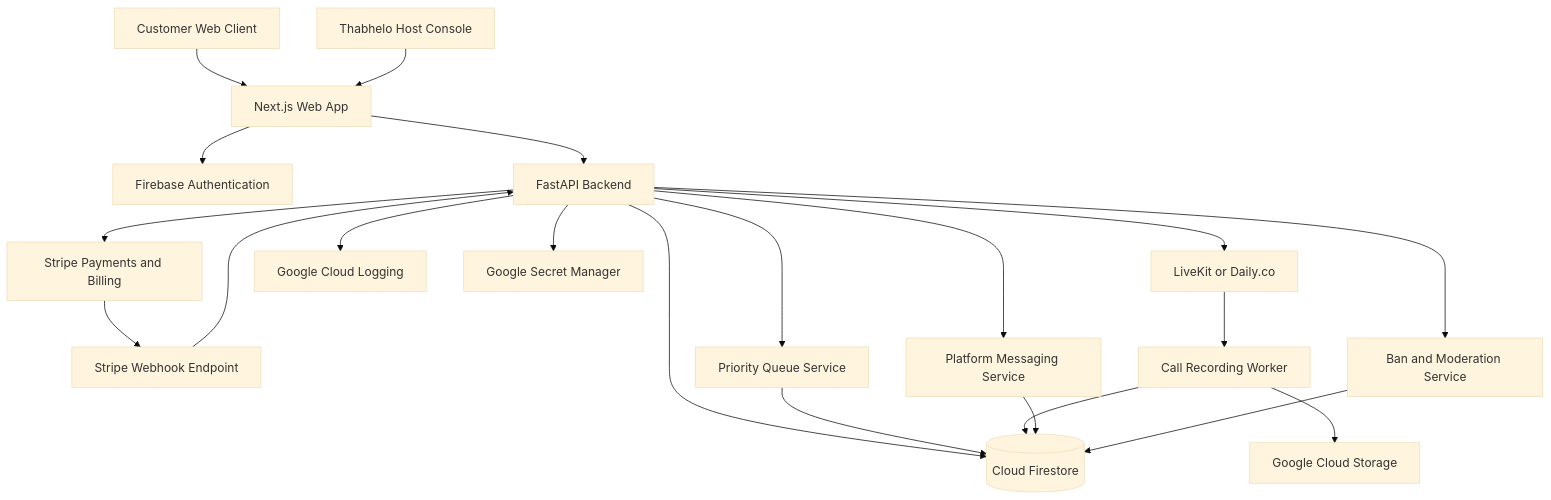
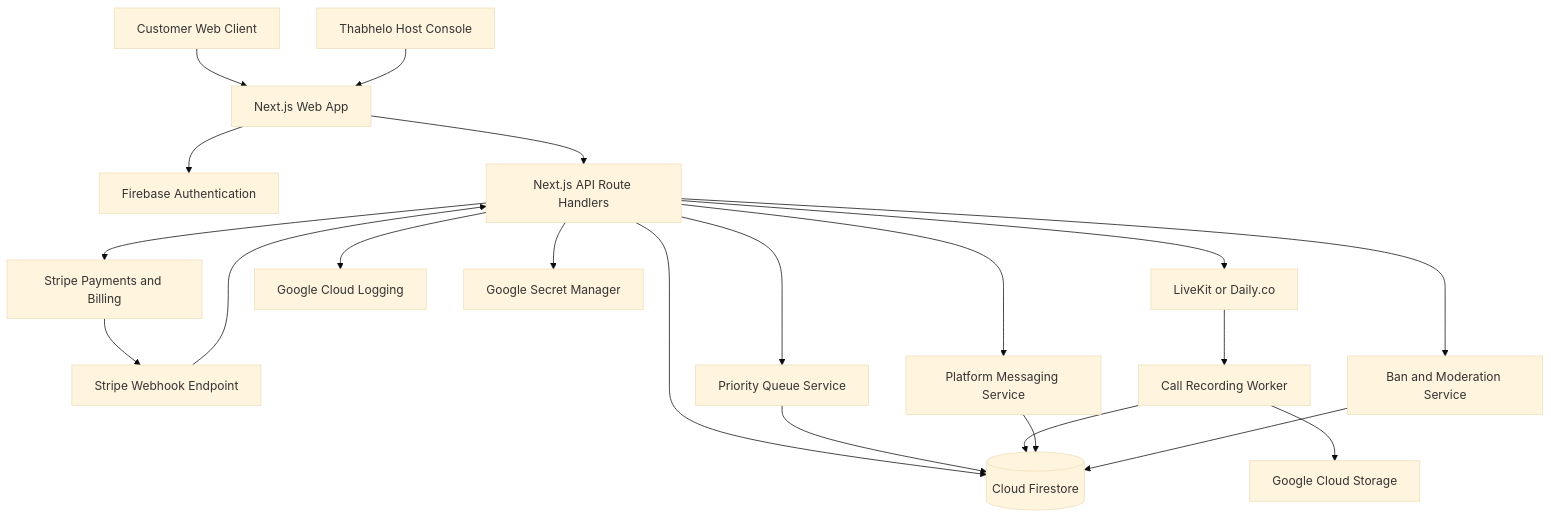
One commit to Thabhelo/ear changed the first of 3 diagrams in docs/architecture.md. Above: the diagram before and after it, drawn with Mermaid (base theme). The commit also changed other lines of this file and 53 other files, not shown here.

Commit message:
Migrate the FastAPI backend into Next.js route handlers so the platform is one TypeScript codebase with a single Cloud Run deploy.

````diff
--- a/docs/architecture.md
+++ b/docs/architecture.md
@@ -5,30 +5,30 @@
 ```mermaid
 flowchart TD
   User[Customer Web Client] --> Web[Next.js Web App]
   Host[Thabhelo Host Console] --> Web
 
   Web --> Firebase[Firebase Authentication]
-  Web --> API[FastAPI Backend]
+  Web --> API[Next.js API Route Handlers]
 
   API --> Stripe[Stripe Payments and Billing]
   Stripe --> Webhook[Stripe Webhook Endpoint]
   Webhook --> API
 
   API --> DB[(Cloud Firestore)]
   API --> Queue[Priority Queue Service]
   Queue --> DB
 
   API --> Calls[LiveKit or Daily.co]
   Calls --> Recorder[Call Recording Worker]
   Recorder --> GCS[Google Cloud Storage]
   Recorder --> DB
 
   API --> Messages[Platform Messaging Service]
   Messages --> DB
 
   API --> Ban[Ban and Moderation Service]
   Ban --> DB
 
   API --> Logs[Google Cloud Logging]
   API --> Secrets[Google Secret Manager]
 ```
````
